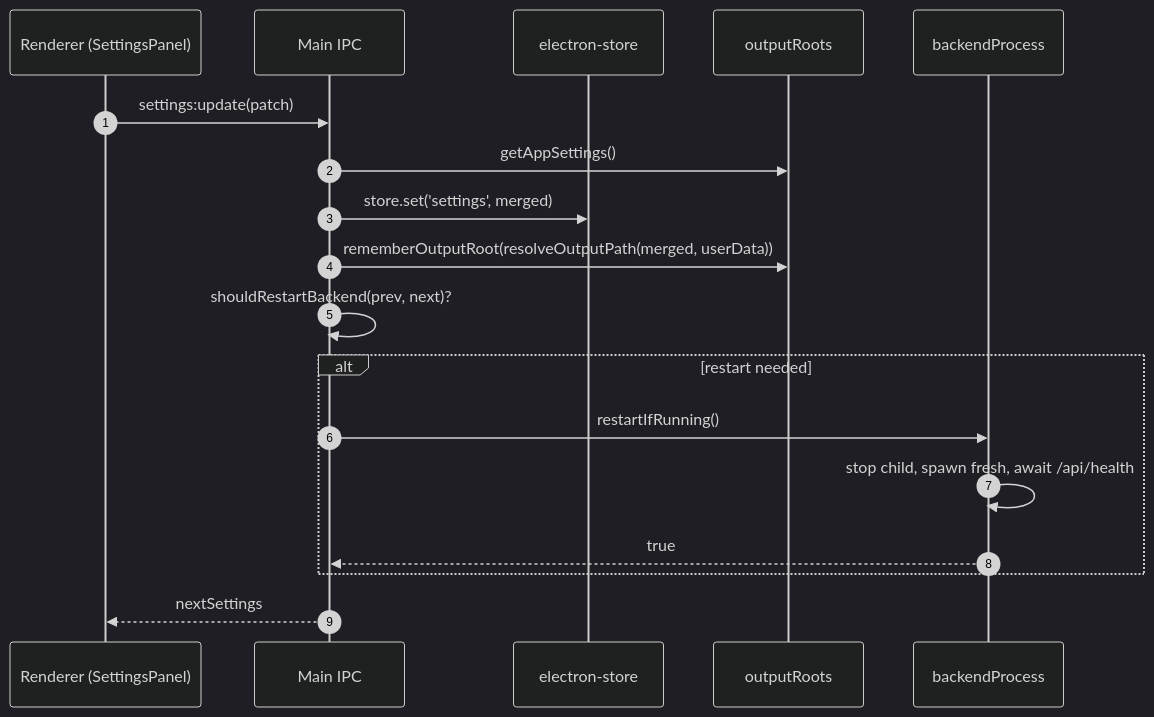
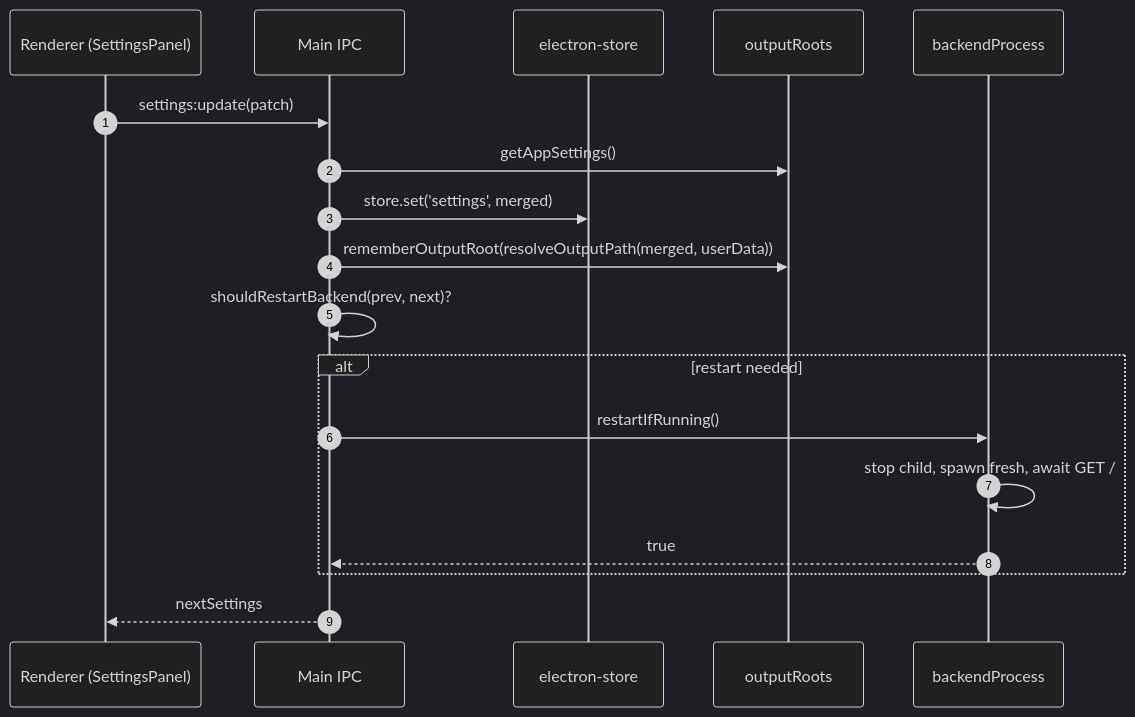
One commit to Git-Rocky-Stack/vision-studio changed the fifth of 11 diagrams in docs/diagrams/diagrams.md. Above: the diagram before and after it, drawn with Mermaid (dark theme). The commit also changed other lines of this file and 9 other files, not shown here.

````diff
--- a/docs/diagrams/diagrams.md
+++ b/docs/diagrams/diagrams.md
@@ -135,20 +140,20 @@
 ```mermaid
 sequenceDiagram
     autonumber
     participant U as Renderer (SettingsPanel)
     participant E as Main IPC
     participant S as electron-store
     participant OR as outputRoots
     participant BP as backendProcess
     U->>E: settings:update(patch)
     E->>OR: getAppSettings()
     E->>S: store.set('settings', merged)
     E->>OR: rememberOutputRoot(resolveOutputPath(merged, userData))
     E->>E: shouldRestartBackend(prev, next)?
     alt restart needed
         E->>BP: restartIfRunning()
-        BP->>BP: stop child, spawn fresh, await /api/health
+        BP->>BP: stop child, spawn fresh, await GET /
         BP-->>E: true
     end
     E-->>U: nextSettings
 ```
````
